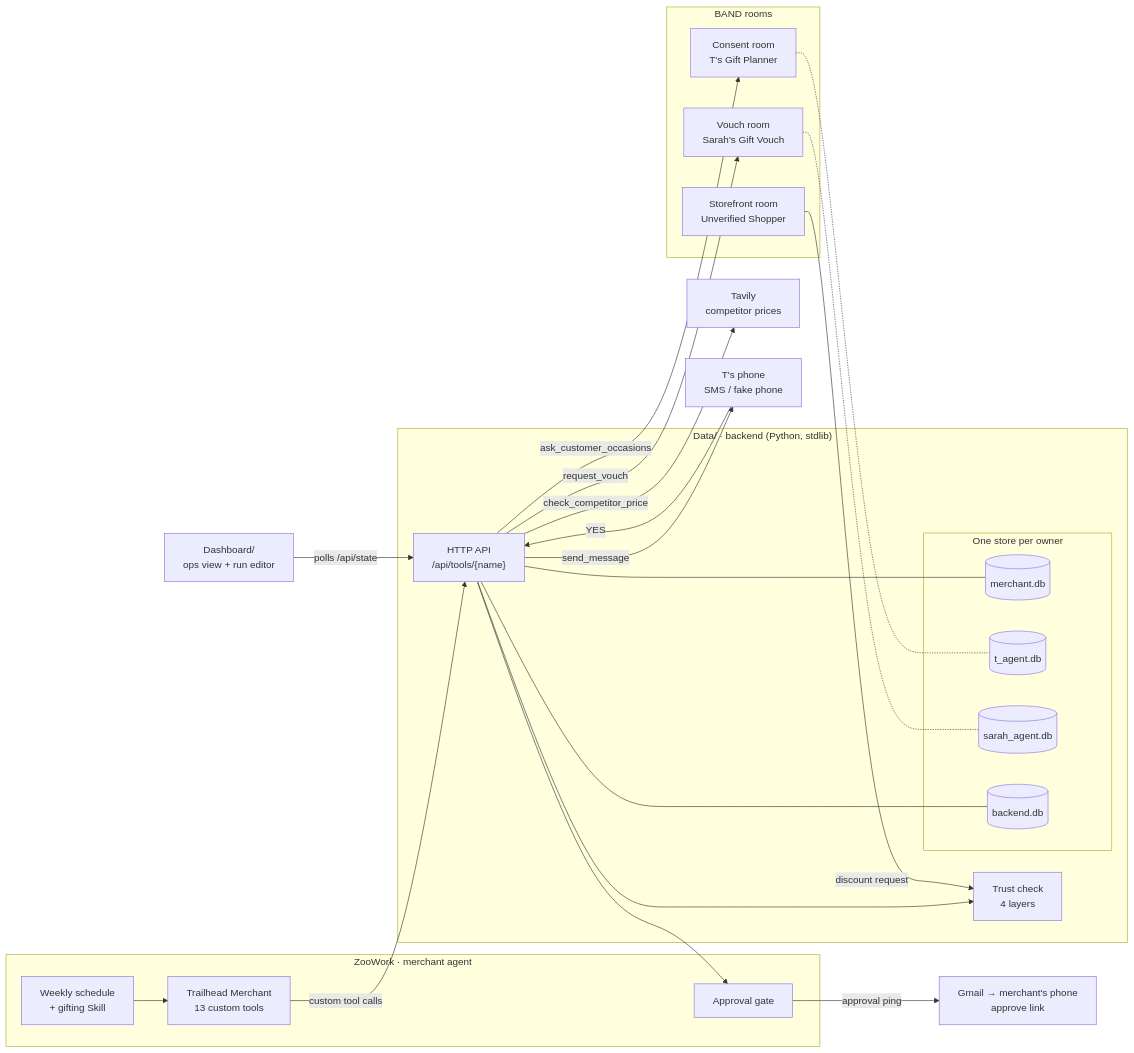
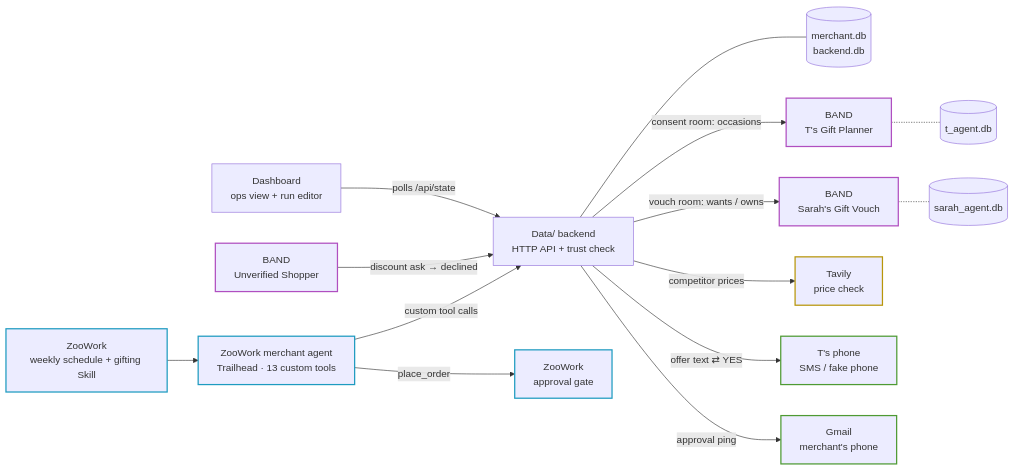
The first of 2 diagrams in README.md (txshah/shopisphere), drawn with Mermaid before and after one commit. The commit also changed other lines of this file, not shown here.

Commit message:
README: fix mermaid parse error and simplify architecture diagram
A semicolon in a sequence message ended the statement early. The
architecture diagram is now hub-and-spoke with sponsor-colored outlines.

````diff
--- a/README.md
+++ b/README.md
@@ -21,46 +21,27 @@
 ```mermaid
 flowchart LR
-  subgraph ZW["ZooWork · merchant agent"]
-    SCHED["Weekly schedule<br/>+ gifting Skill"]
-    AGENT["Trailhead Merchant<br/>13 custom tools"]
-    GATE["Approval gate"]
-  end
+  SCHED["ZooWork<br/>weekly schedule + gifting Skill"] --> AGENT["ZooWork merchant agent<br/>Trailhead · 13 custom tools"]
+  AGENT -- "custom tool calls" --> API["Data/ backend<br/>HTTP API + trust check"]
+  AGENT -- "place_order" --> GATE["ZooWork<br/>approval gate"]
+  API --- MDB[("merchant.db<br/>backend.db")]
 
-  subgraph BACK["Data/ · backend (Python, stdlib)"]
-    API["HTTP API<br/>/api/tools/{name}"]
-    TRUST["Trust check<br/>4 layers"]
-    subgraph STORES["One store per owner"]
-      M[("merchant.db")]
-      TA[("t_agent.db")]
-      SA[("sarah_agent.db")]
-      B[("backend.db")]
-    end
-  end
+  API -- "consent room: occasions" --> TAG["BAND<br/>T's Gift Planner"]
+  TAG -.- TDB[("t_agent.db")]
+  API -- "vouch room: wants / owns" --> SAG["BAND<br/>Sarah's Gift Vouch"]
+  SAG -.- SDB[("sarah_agent.db")]
+  BOT["BAND<br/>Unverified Shopper"] -- "discount ask → declined" --> API
 
-  subgraph BAND["BAND rooms"]
-    CONSENT["Consent room<br/>T's Gift Planner"]
-    VOUCH["Vouch room<br/>Sarah's Gift Vouch"]
-    STORE["Storefront room<br/>Unverified Shopper"]
-  end
+  API -- "competitor prices" --> TAV["Tavily<br/>price check"]
+  API -- "offer text ⇄ YES" --> PHONE["T's phone<br/>SMS / fake phone"]
+  API -- "approval ping" --> GMAIL["Gmail<br/>merchant's phone"]
+  DASH["Dashboard<br/>ops view + run editor"] -- "polls /api/state" --> API
 
-  TAV["Tavily<br/>competitor prices"]
-  PHONE["T's phone<br/>SMS / fake phone"]
-  GMAIL["Gmail → merchant's phone<br/>approve link"]
-  DASH["Dashboard/<br/>ops view + run editor"]
-
-  SCHED --> AGENT
-  AGENT -- "custom tool calls" --> API
-  API --> TRUST
-  API -- "ask_customer_occasions" --> CONSENT
-  API -- "request_vouch" --> VOUCH
-  STORE -- "discount request" --> TRUST
-  API -- "check_competitor_price" --> TAV
-  API -- "send_message" --> PHONE
-  PHONE -- "YES" --> API
-  API --> GATE
-  GATE -- "approval ping" --> GMAIL
-  API --- M & B
-  CONSENT -.- TA
-  VOUCH -.- SA
-  DASH -- "polls /api/state" --> API
+  classDef zoo stroke:#1E9BC0,stroke-width:2px
+  classDef band stroke:#B04FC0,stroke-width:2px
+  classDef tav stroke:#B8960A,stroke-width:2px
+  classDef msg stroke:#4E9A33,stroke-width:2px
+  class SCHED,AGENT,GATE zoo
+  class TAG,SAG,BOT band
+  class TAV tav
+  class PHONE,GMAIL msg
 ```
````
